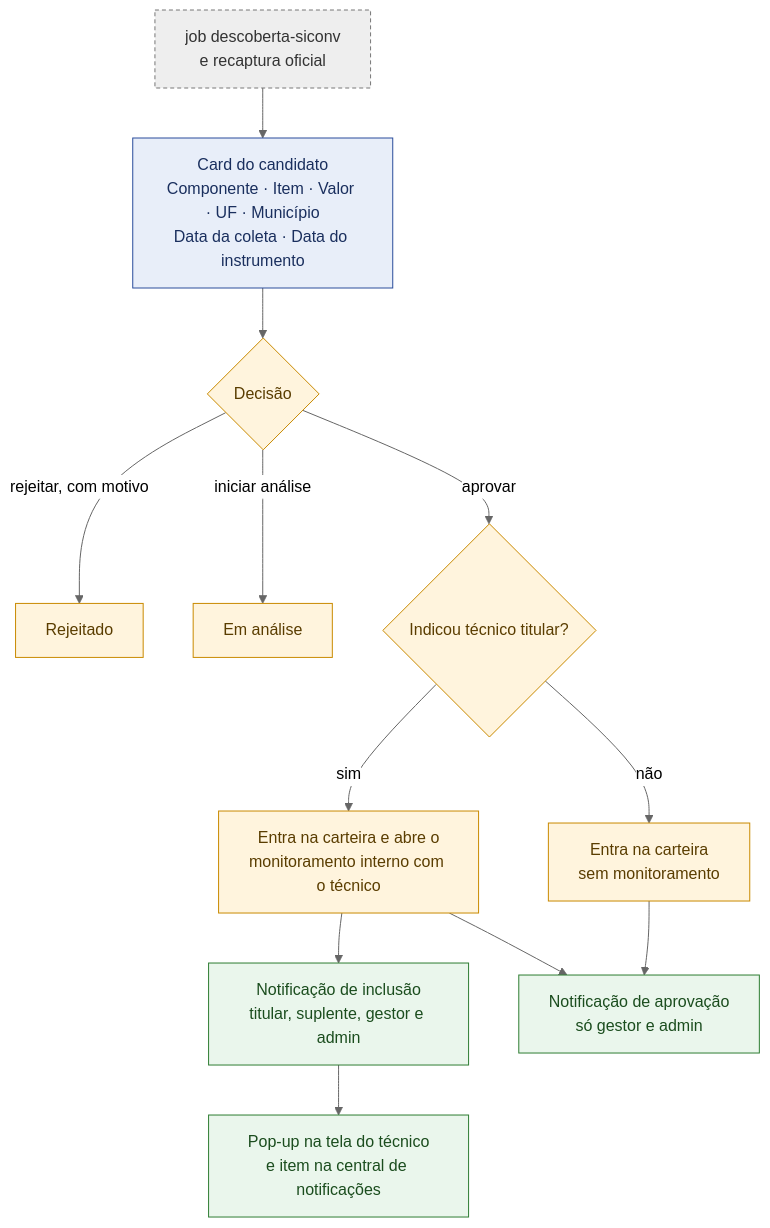
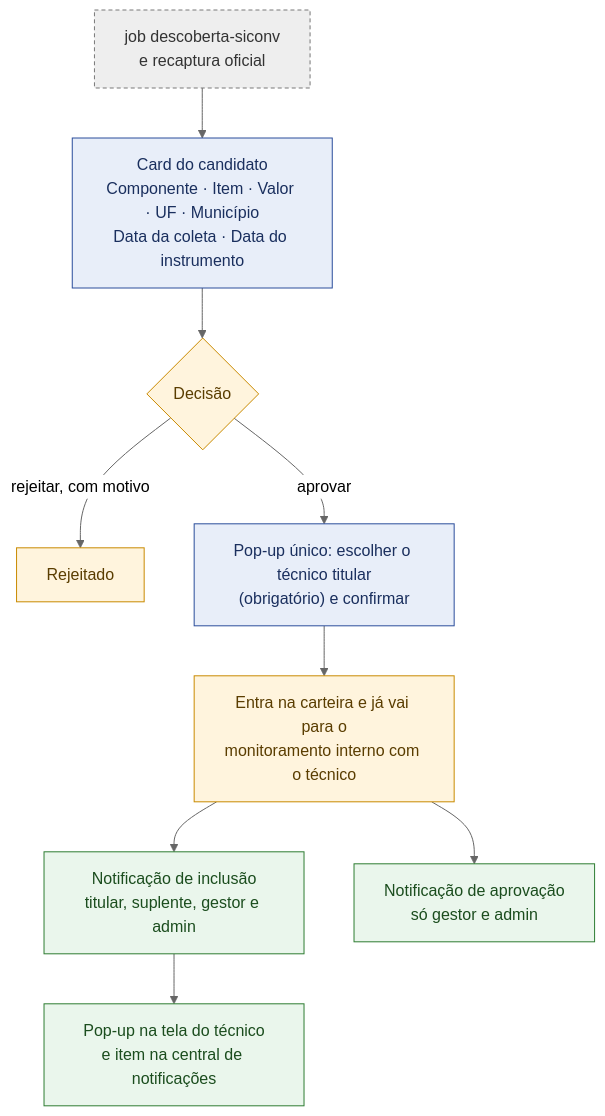
Before and after one commit to devs-ministerio/par_equipamentos: the tenth of 11 diagrams in docs/arquitetura/mapa-monitoramento-interno-2026-11-19.md, drawn with Mermaid (neutral theme). The commit also changed other lines of this file and 2 other files, not shown here.

Commit message:
docs: Radar com pop-up único, concluído unificado e exceções de unidade no mapa

````diff
--- a/docs/arquitetura/mapa-monitoramento-interno-2026-11-19.md
+++ b/docs/arquitetura/mapa-monitoramento-interno-2026-11-19.md
@@ -284,19 +295,16 @@
 ```mermaid
 flowchart TB
     classDef job fill:#EEE,stroke:#777,color:#333,stroke-dasharray:4 3
     classDef tela fill:#E8EEF9,stroke:#2A4D9B,color:#1a2f5e
     classDef regra fill:#FFF4DD,stroke:#C98A00,color:#5a3d00
     classDef aviso fill:#EAF6EC,stroke:#2E7D32,color:#1b4d1e
 
     J["job descoberta-siconv<br/>e recaptura oficial"]:::job --> CARD["Card do candidato<br/>Componente · Item · Valor · UF · Município<br/>Data da coleta · Data do instrumento"]:::tela
     CARD --> D{"Decisão"}:::regra
     D -->|"rejeitar, com motivo"| REJ["Rejeitado"]:::regra
-    D -->|"iniciar análise"| AN["Em análise"]:::regra
-    D -->|"aprovar"| TEC{"Indicou técnico titular?"}:::regra
-    TEC -->|"não"| CART["Entra na carteira<br/>sem monitoramento"]:::regra
-    TEC -->|"sim"| MON["Entra na carteira e abre o<br/>monitoramento interno com o técnico"]:::regra
+    D -->|"aprovar"| DLG["Pop-up único: escolher o técnico titular<br/>(obrigatório) e confirmar"]:::tela
+    DLG --> MON["Entra na carteira e já vai para o<br/>monitoramento interno com o técnico"]:::regra
     MON --> N1["Notificação de inclusão<br/>titular, suplente, gestor e admin"]:::aviso
     N1 --> POP["Pop-up na tela do técnico<br/>e item na central de notificações"]:::aviso
-    CART --> N2["Notificação de aprovação<br/>só gestor e admin"]:::aviso
-    MON --> N2
+    MON --> N2["Notificação de aprovação<br/>só gestor e admin"]:::aviso
 ```
````
